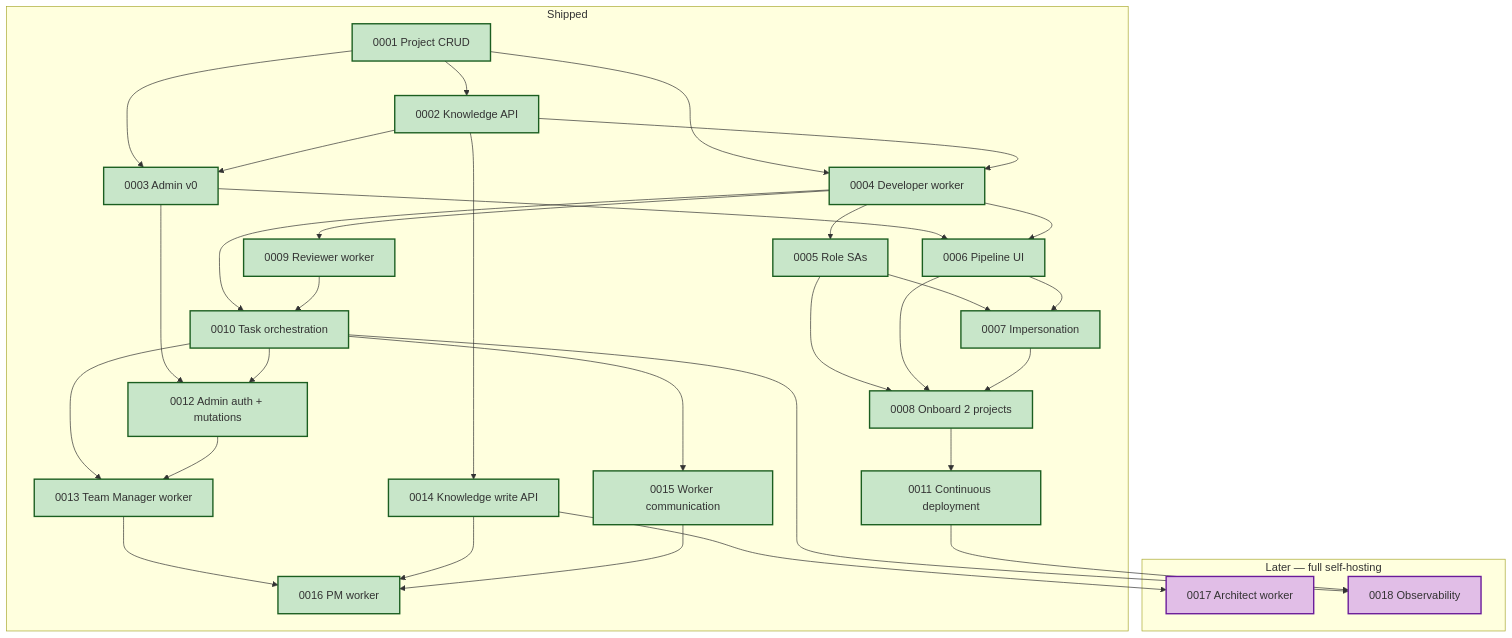
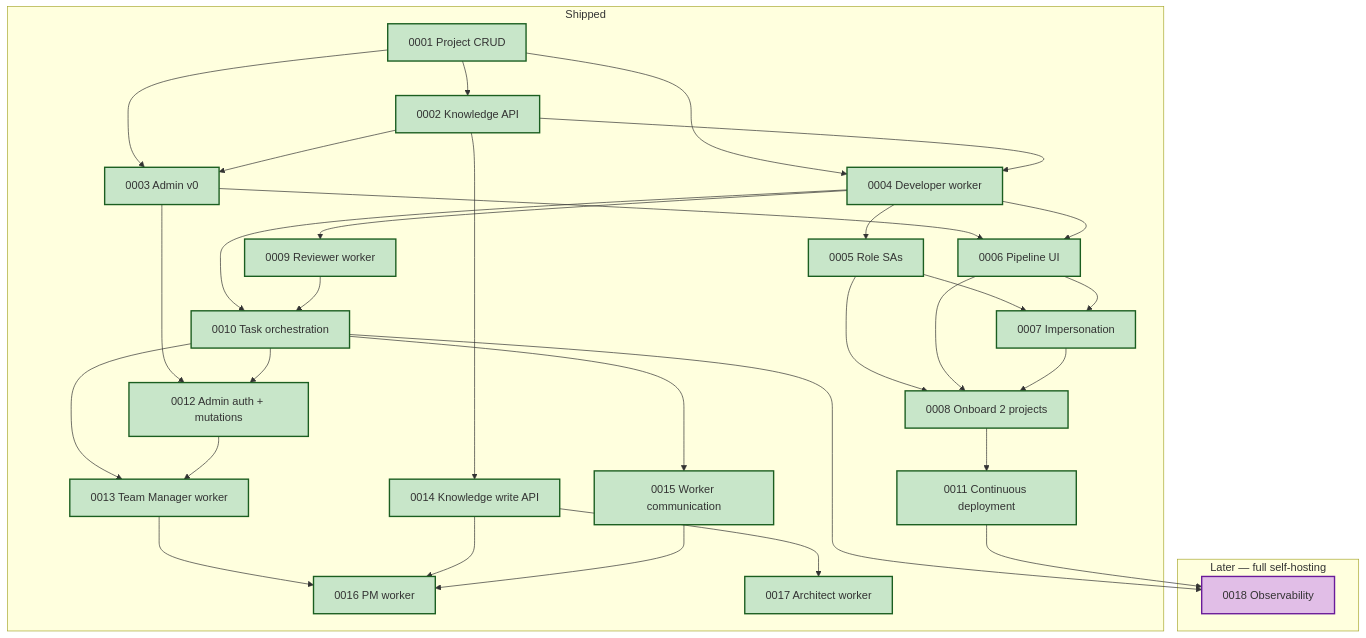
One commit to coder-devx/coder-system changed the diagram in system/product-specs/ROADMAP.md. Above: the diagram before and after it, drawn with Mermaid. The commit also changed other lines of this file and 6 other files, not shown here.

First line of the commit message:
docs: ship spec 0017 — Architect worker v1

````diff
--- a/system/product-specs/ROADMAP.md
+++ b/system/product-specs/ROADMAP.md
@@ -310,70 +313,70 @@
 ```mermaid
 flowchart TB
   subgraph shipped [Shipped]
     s1["0001 Project CRUD"]
     s2["0002 Knowledge API"]
     s3["0003 Admin v0"]
     s4["0004 Developer worker"]
     s5["0005 Role SAs"]
     s6["0006 Pipeline UI"]
     s7["0007 Impersonation"]
     s8["0008 Onboard 2 projects"]
     s9["0009 Reviewer worker"]
     s10["0010 Task orchestration"]
     s11["0011 Continuous deployment"]
     s12["0012 Admin auth + mutations"]
     s13["0013 Team Manager worker"]
     s14["0014 Knowledge write API"]
     s15["0015 Worker communication"]
     s16["0016 PM worker"]
+    s17["0017 Architect worker"]
   end
 
   subgraph later ["Later — full self-hosting"]
-    s17["0017 Architect worker"]
     s18["0018 Observability"]
   end
 
   %% Shipped internal deps
   s1 --> s2
   s1 --> s3
   s1 --> s4
   s2 --> s3
   s2 --> s4
   s3 --> s6
   s4 --> s5
   s4 --> s6
   s5 --> s7
   s6 --> s7
   s5 --> s8
   s6 --> s8
   s7 --> s8
 
   %% Now deps
   s4 --> s9
   s4 --> s10
   s9 --> s10
   s8 --> s11
   s3 --> s12
   s10 --> s12
 
   %% Next deps
   s10 --> s13
   s12 --> s13
   s2 --> s14
   s10 --> s15
 
   %% Later deps
   s13 --> s16
   s14 --> s16
   s15 --> s16
   s14 --> s17
   s10 --> s18
   s11 --> s18
 
   classDef shipped fill:#c8e6c9,stroke:#1b5e20,stroke-width:2px
   classDef next fill:#bbdefb,stroke:#1565c0,stroke-width:2px
   classDef later fill:#e1bee7,stroke:#6a1b9a,stroke-width:2px
 
-  class s1,s2,s3,s4,s5,s6,s7,s8,s9,s10,s11,s12,s13,s14,s15,s16 shipped
-  class s17,s18 later
+  class s1,s2,s3,s4,s5,s6,s7,s8,s9,s10,s11,s12,s13,s14,s15,s16,s17 shipped
+  class s18 later
 ```
````
